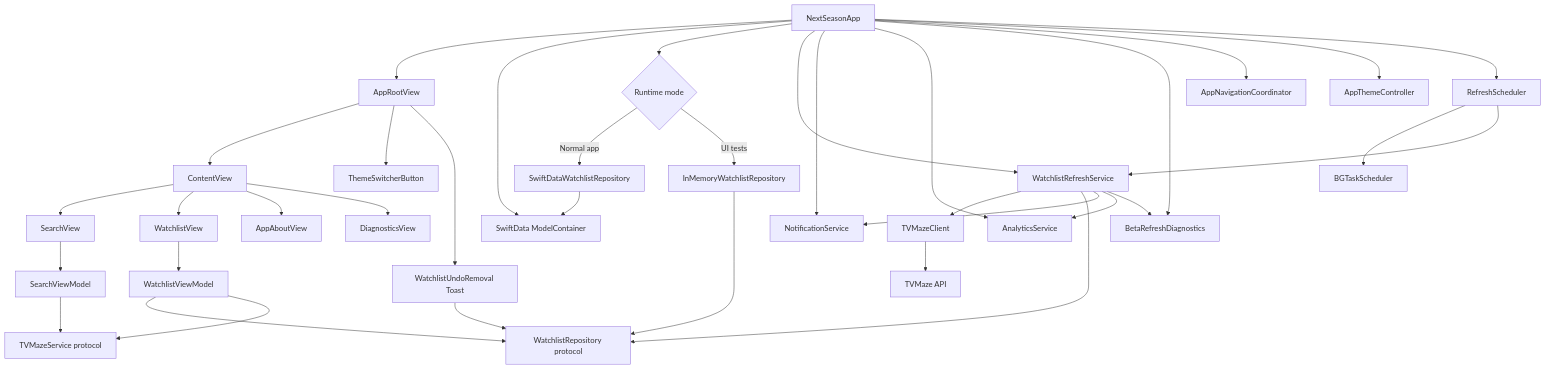
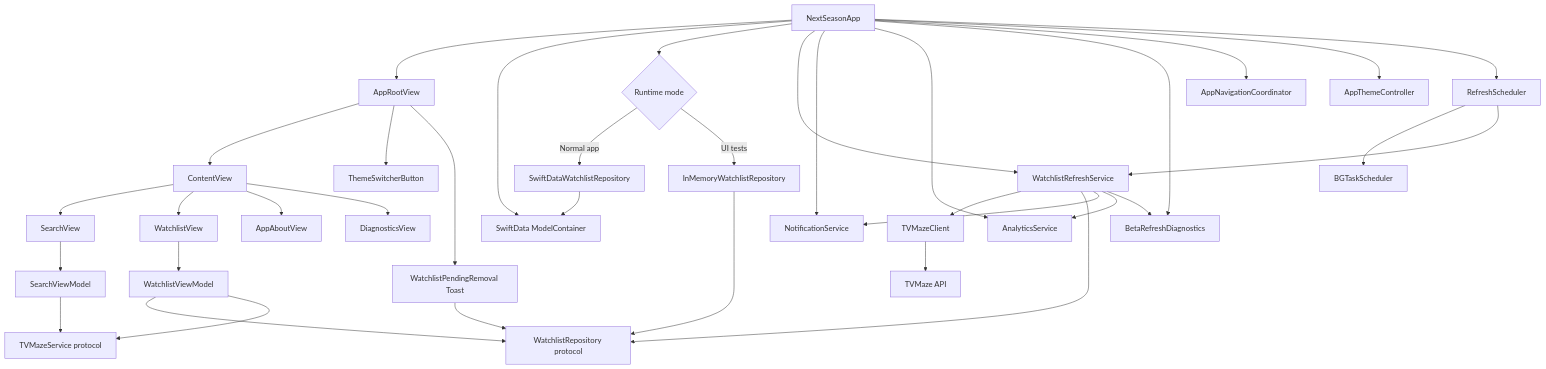
The diagram in Documentation/MVP/Diagrams/01-app-architecture.md (janineanne/NextSeason), drawn with Mermaid before and after one commit. The commit also changed 79 other files, not shown here.

````diff
--- a/Documentation/MVP/Diagrams/01-app-architecture.md
+++ b/Documentation/MVP/Diagrams/01-app-architecture.md
@@ -3,46 +3,46 @@
 ```mermaid
 flowchart TB
     App[NextSeasonApp] --> Root[AppRootView]
     Root --> Content[ContentView]
 
     App --> ModelContainer[SwiftData ModelContainer]
     App --> RepoChoice{Runtime mode}
     RepoChoice -->|Normal app| SwiftDataRepo[SwiftDataWatchlistRepository]
     RepoChoice -->|UI tests| MemoryRepo[InMemoryWatchlistRepository]
 
     App --> RefreshService[WatchlistRefreshService]
     App --> NotificationService[NotificationService]
     App --> Analytics[AnalyticsService]
     App --> BetaDiagnostics[BetaRefreshDiagnostics]
     App --> NavCoordinator[AppNavigationCoordinator]
     App --> ThemeController[AppThemeController]
 
     RefreshService --> TVMazeClient[TVMazeClient]
     RefreshService --> Repo[WatchlistRepository protocol]
     RefreshService --> NotificationService
     RefreshService --> Analytics
     RefreshService --> BetaDiagnostics
 
     Content --> SearchView[SearchView]
     Content --> WatchlistView[WatchlistView]
     Content --> AboutSheet[AppAboutView]
     Content --> DiagnosticsSheet[DiagnosticsView]
 
     SearchView --> SearchVM[SearchViewModel]
     WatchlistView --> WatchlistVM[WatchlistViewModel]
     SearchVM --> TVMazeProtocol[TVMazeService protocol]
     WatchlistVM --> Repo
     WatchlistVM --> TVMazeProtocol
 
     SwiftDataRepo --> ModelContainer
     MemoryRepo --> Repo
     TVMazeClient --> TVMazeAPI[TVMaze API]
 
     Root --> ThemeSwitcher[ThemeSwitcherButton]
-    Root --> UndoToast[WatchlistUndoRemoval Toast]
+    Root --> UndoToast[WatchlistPendingRemoval Toast]
     UndoToast --> Repo
 
     App --> RefreshScheduler[RefreshScheduler]
     RefreshScheduler --> BackgroundTasks[BGTaskScheduler]
     RefreshScheduler --> RefreshService
 ```
````
